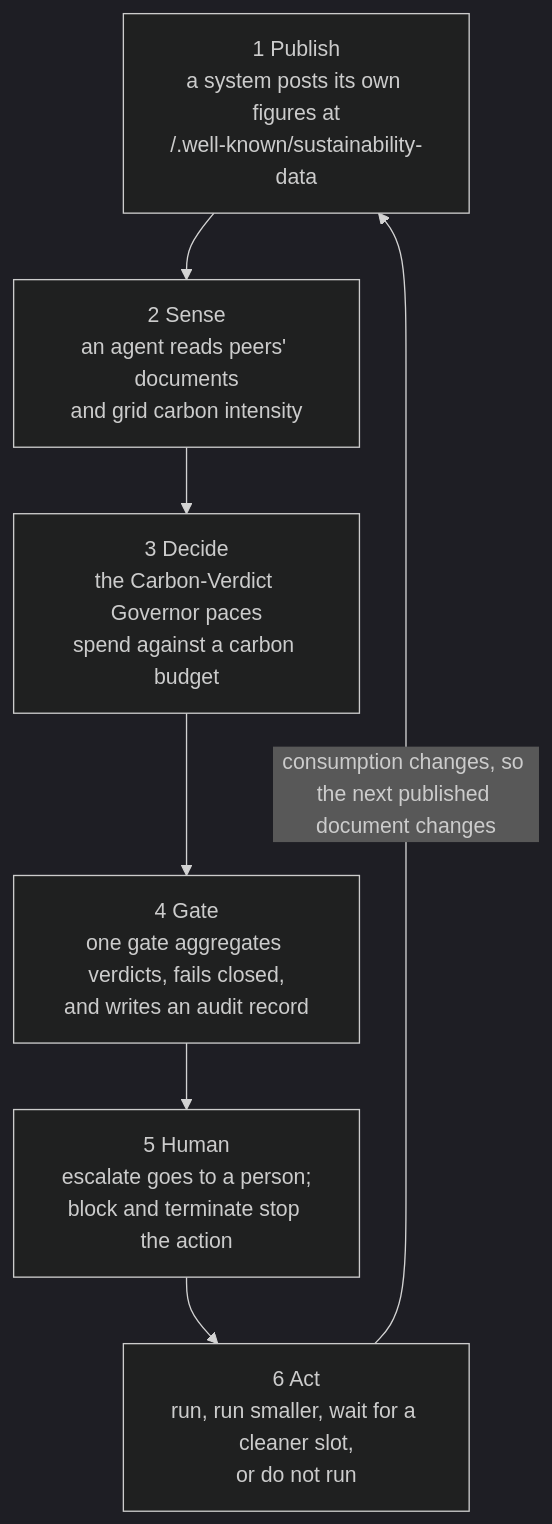
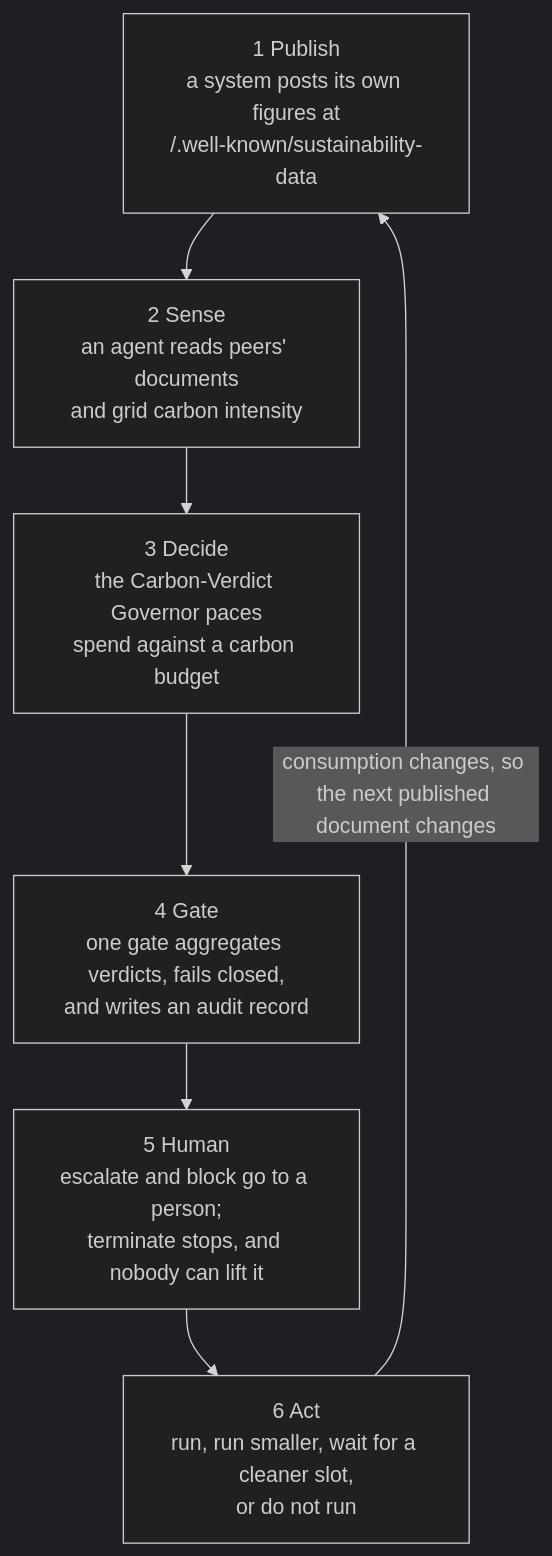
The diagram in docs/architecture/c4/loop-overview.mmd (andreibesleaga/sustainability-loop-eval), drawn with Mermaid (dark theme) before and after one commit. The commit also changed 89 other files, not shown here.

```diff
--- a/docs/architecture/c4/loop-overview.mmd
+++ b/docs/architecture/c4/loop-overview.mmd
@@ -1,10 +1,10 @@
 flowchart TD
   P["1 Publish<br/>a system posts its own figures at<br/>/.well-known/sustainability-data"]
   S["2 Sense<br/>an agent reads peers' documents<br/>and grid carbon intensity"]
   D["3 Decide<br/>the Carbon-Verdict Governor paces<br/>spend against a carbon budget"]
   G["4 Gate<br/>one gate aggregates verdicts, fails closed,<br/>and writes an audit record"]
-  H["5 Human<br/>escalate goes to a person;<br/>block and terminate stop the action"]
+  H["5 Human<br/>escalate and block go to a person;<br/>terminate stops, and nobody can lift it"]
   A["6 Act<br/>run, run smaller, wait for a cleaner slot,<br/>or do not run"]
 
   P --> S --> D --> G --> H --> A
   A -- "consumption changes, so the next published document changes" --> P
```
